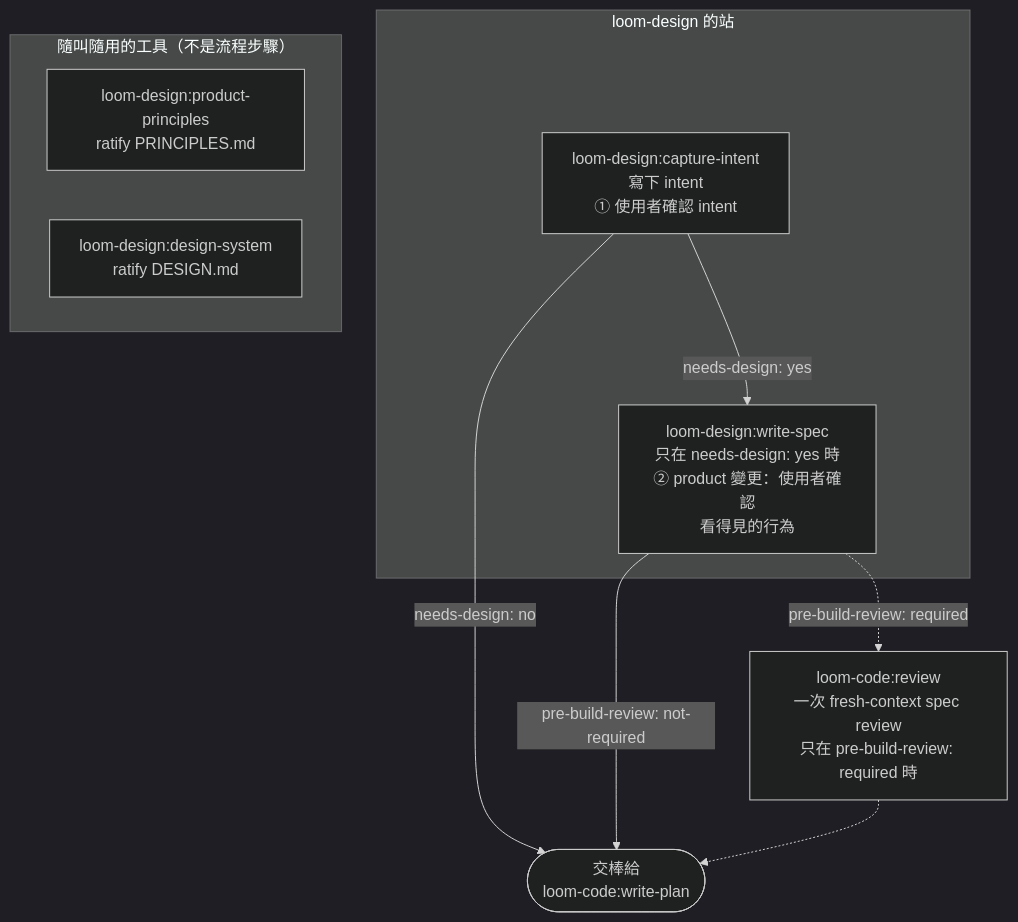
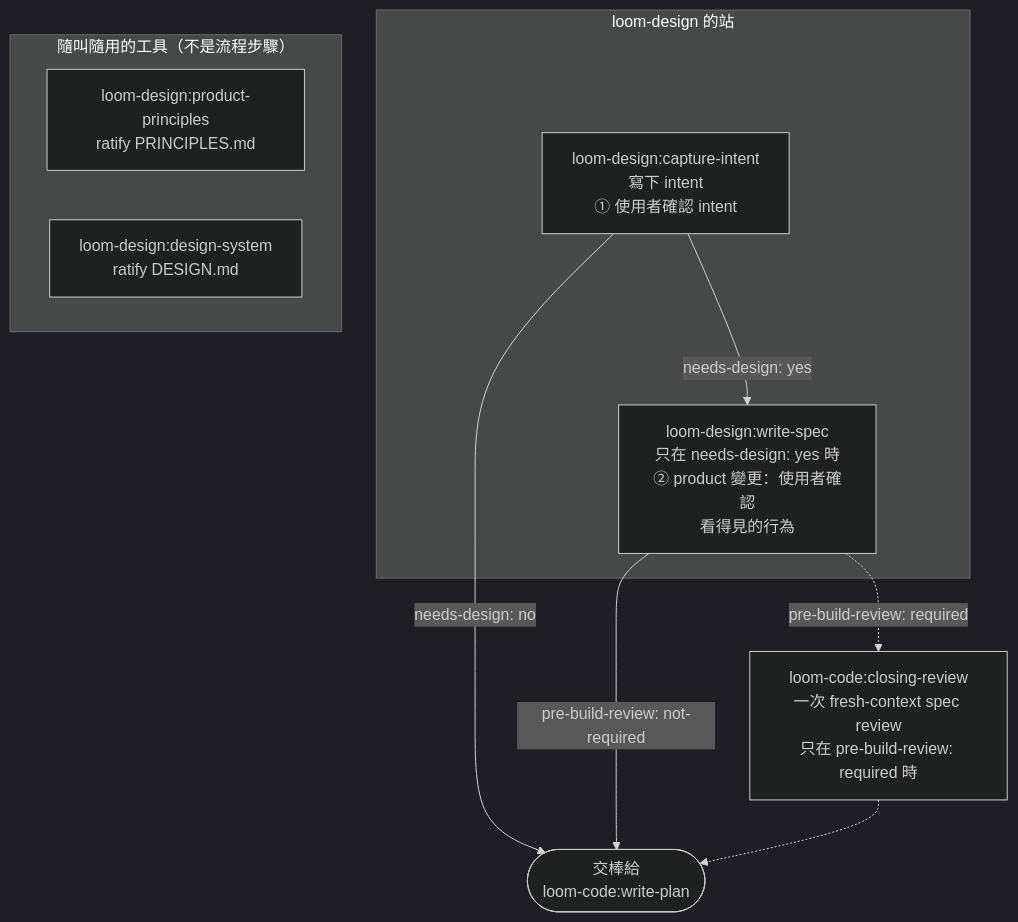
Before and after one commit to kouko/loom-plugins: the diagram in loom-design/README.zh-TW.md, drawn with Mermaid (dark theme). The commit also changed other lines of this file and 91 other files, not shown here.

First line of the commit message:
feat(loom): support Antigravity CLI and rename review to closing-review (#8)

````diff
--- a/loom-design/README.zh-TW.md
+++ b/loom-design/README.zh-TW.md
@@ -17,21 +17,21 @@
 ```mermaid
 flowchart TD
     subgraph stations["loom-design 的站"]
         intent["loom-design:capture-intent<br/>寫下 intent<br/>① 使用者確認 intent"]
         spec["loom-design:write-spec<br/>只在 needs-design: yes 時<br/>② product 變更：使用者確認<br/>看得見的行為"]
     end
 
-    specreview["loom-code:review<br/>一次 fresh-context spec review<br/>只在 pre-build-review: required 時"]
+    specreview["loom-code:closing-review<br/>一次 fresh-context spec review<br/>只在 pre-build-review: required 時"]
     plan(["交棒給<br/>loom-code:write-plan"])
 
     subgraph tools["隨叫隨用的工具（不是流程步驟）"]
         principles["loom-design:product-principles<br/>ratify PRINCIPLES.md"]
         designsys["loom-design:design-system<br/>ratify DESIGN.md"]
     end
 
     intent -->|"needs-design: yes"| spec
     intent -->|"needs-design: no"| plan
     spec -->|"pre-build-review: not-required"| plan
     spec -.->|"pre-build-review: required"| specreview
     specreview -.-> plan
 ```
````
